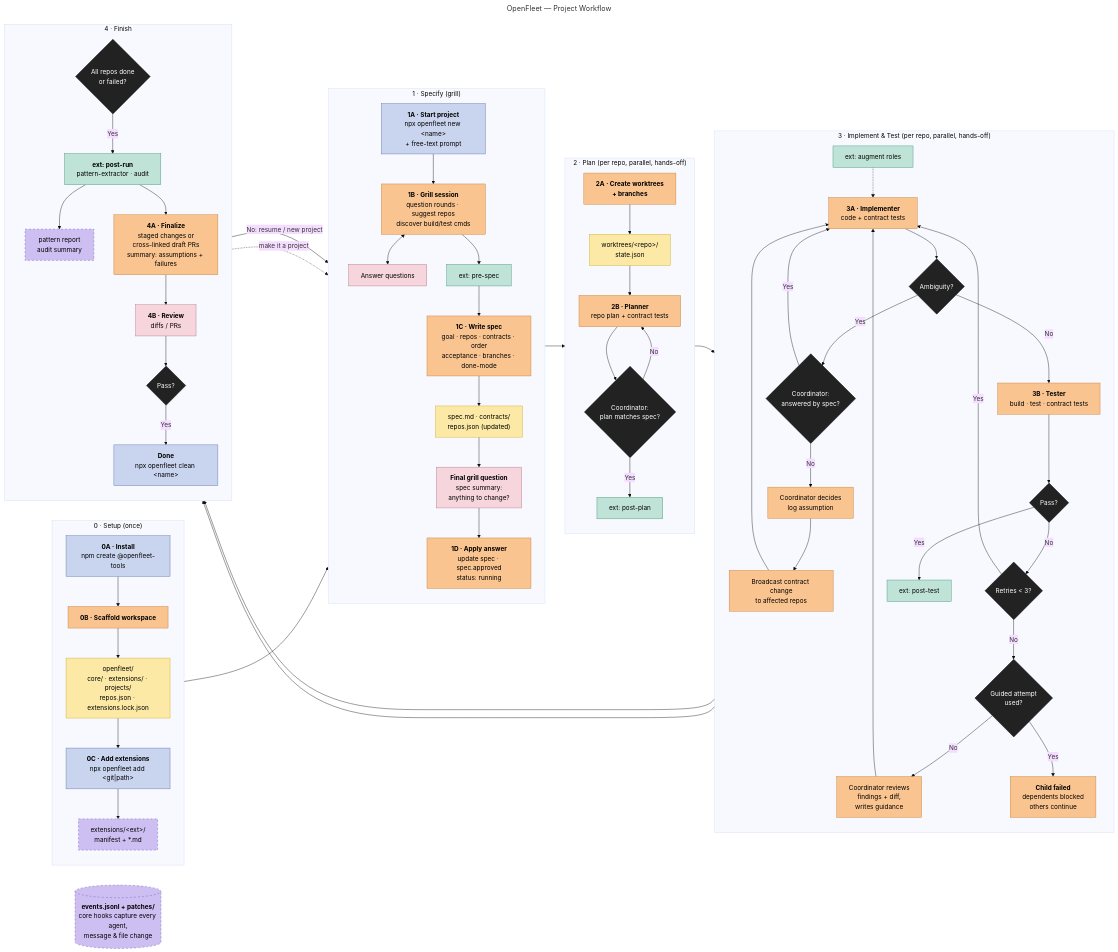
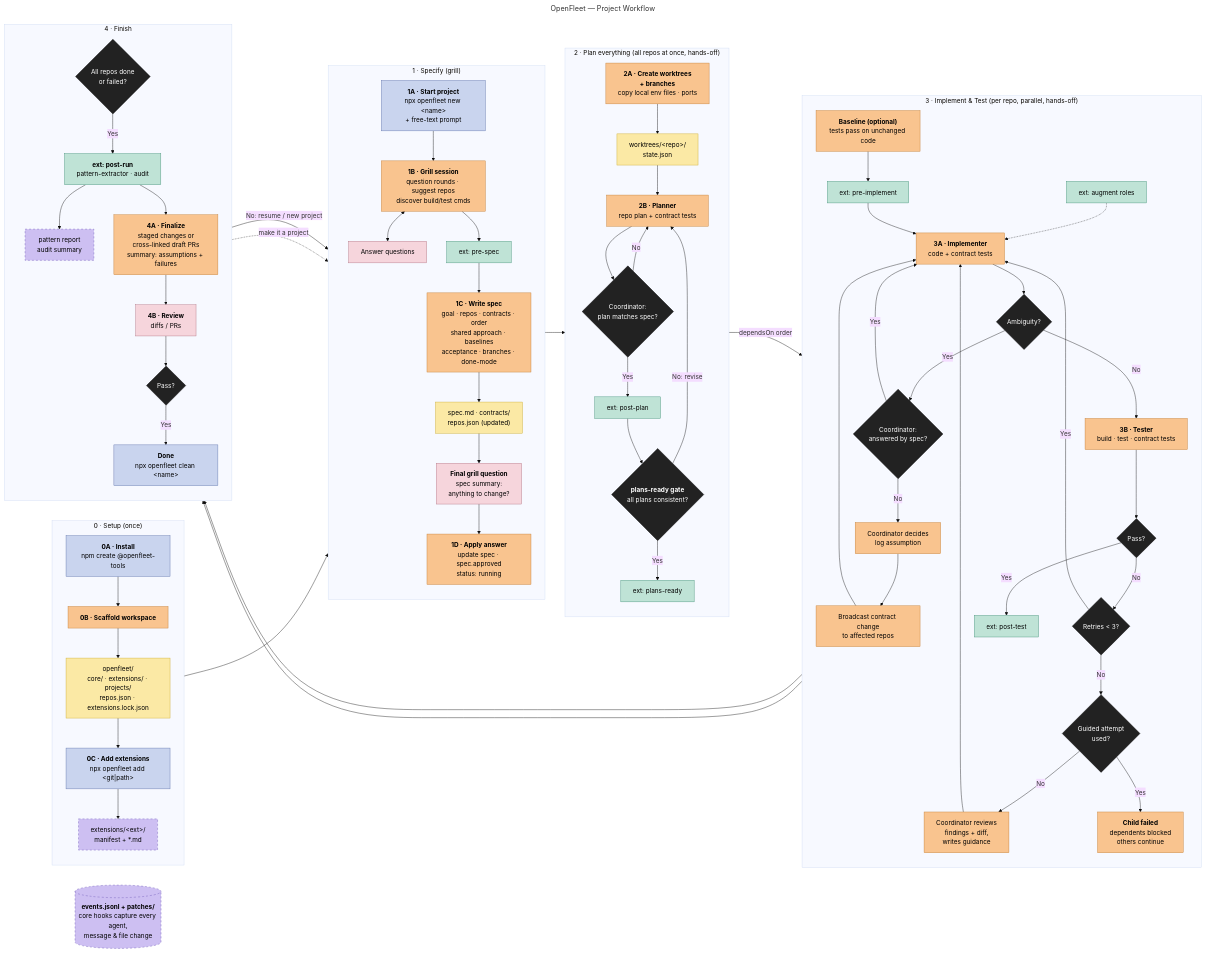
The diagram in docs/flow.mmd (yashicon21/openfleet), drawn with Mermaid (base theme) before and after one commit. The commit also changed 34 other files, not shown here.

Commit message:
feat: Add plan gate, baseline tests and worktree env files

```diff
--- a/docs/flow.mmd
+++ b/docs/flow.mmd
@@ -1,108 +1,114 @@
 ---
 title: OpenFleet — Project Workflow
 ---
 flowchart LR
   subgraph S0["0 · Setup (once)"]
     direction TB
     H0["<b>0A · Install</b><br/>npm create @openfleet-tools"]
     C0["<b>0B · Scaffold workspace</b>"]
     F0["openfleet/<br/>core/ · extensions/ · projects/<br/>repos.json · extensions.lock.json"]
     H0b["<b>0C · Add extensions</b><br/>npx openfleet add &lt;git|path&gt;"]
     F0b["extensions/&lt;ext&gt;/<br/>manifest + *.md"]
     H0 --> C0 --> F0 --> H0b --> F0b
   end
 
   subgraph S1["1 · Specify (grill)"]
     direction TB
     H1["<b>1A · Start project</b><br/>npx openfleet new &lt;name&gt;<br/>+ free-text prompt"]
     C1["<b>1B · Grill session</b><br/>question rounds · suggest repos<br/>discover build/test cmds"]
     HA["Answer questions"]
     X0["ext: pre-spec"]
-    C2["<b>1C · Write spec</b><br/>goal · repos · contracts · order<br/>acceptance · branches · done-mode"]
+    C2["<b>1C · Write spec</b><br/>goal · repos · contracts · order<br/>shared approach · baselines<br/>acceptance · branches · done-mode"]
     F1["spec.md · contracts/<br/>repos.json (updated)"]
     HR["<b>Final grill question</b><br/>spec summary:<br/>anything to change?"]
     CA["<b>1D · Apply answer</b><br/>update spec · spec.approved<br/>status: running"]
     H1 --> C1
     C1 <--> HA
     C1 --> X0 --> C2 --> F1 --> HR --> CA
   end
 
-  subgraph S2["2 · Plan (per repo, parallel, hands-off)"]
+  subgraph S2["2 · Plan everything (all repos at once, hands-off)"]
     direction TB
-    C3["<b>2A · Create worktrees<br/>+ branches</b>"]
+    C3["<b>2A · Create worktrees<br/>+ branches</b><br/>copy local env files · ports"]
     F2["worktrees/&lt;repo&gt;/<br/>state.json"]
     P["<b>2B · Planner</b><br/>repo plan + contract tests"]
     DV{"Coordinator:<br/>plan matches spec?"}
     X1["ext: post-plan"]
+    DC{"<b>plans-ready gate</b><br/>all plans consistent?"}
+    X4["ext: plans-ready"]
     C3 --> F2 --> P --> DV
     DV -- No --> P
-    DV -- Yes --> X1
+    DV -- Yes --> X1 --> DC
+    DC -- "No: revise" --> P
+    DC -- Yes --> X4
   end
 
   subgraph S3["3 · Implement & Test (per repo, parallel, hands-off)"]
     direction TB
     XA["ext: augment roles"]
+    B["<b>Baseline (optional)</b><br/>tests pass on unchanged code"]
+    X5["ext: pre-implement"]
     I["<b>3A · Implementer</b><br/>code + contract tests"]
     DQ{"Ambiguity?"}
     CQ{"Coordinator:<br/>answered by spec?"}
     CD["Coordinator decides<br/>log assumption"]
     CB["Broadcast contract change<br/>to affected repos"]
     T["<b>3B · Tester</b><br/>build · test · contract tests"]
     DT{"Pass?"}
     DN{"Retries &lt; 3?"}
     DG{"Guided attempt<br/>used?"}
     CG["Coordinator reviews<br/>findings + diff,<br/>writes guidance"]
     CF["<b>Child failed</b><br/>dependents blocked<br/>others continue"]
     X2["ext: post-test"]
     XA -.-> I
     I --> DQ
     DQ -- Yes --> CQ
     CQ -- Yes --> I
     CQ -- No --> CD --> CB --> I
     DQ -- No --> T --> DT
     DT -- No --> DN
     DN -- Yes --> I
     DN -- No --> DG
     DG -- No --> CG --> I
     DG -- Yes --> CF
     DT -- Yes --> X2
   end
 
   subgraph S4["4 · Finish"]
     direction TB
     DA{"All repos done<br/>or failed?"}
     X3["<b>ext: post-run</b><br/>pattern-extractor · audit"]
     FX["pattern report<br/>audit summary"]
     C5["<b>4A · Finalize</b><br/>staged changes or<br/>cross-linked draft PRs<br/>summary: assumptions + failures"]
     HF["<b>4B · Review</b><br/>diffs / PRs"]
     DP{"Pass?"}
     HC["<b>Done</b><br/>npx openfleet clean &lt;name&gt;"]
     DA -- Yes --> X3 --> FX
     X3 --> C5 --> HF --> DP
     DP -- Yes --> HC
   end
 
   EV[("<b>events.jsonl + patches/</b><br/>core hooks capture every agent,<br/>message & file change")]
 
   F0b --> H1
   CA --> C3
-  X1 --> I
+  X4 -- "dependsOn order" --> B --> X5 --> I
   X2 --> DA
   CF --> DA
   DP -- "No: resume / new project" --> H1
   FX -. "make it a project" .-> H1
 
   classDef human fill:#c9d4ee,stroke:#5b6fa8,color:#000
   classDef loop fill:#f6d5dc,stroke:#b0707f,color:#000
   classDef ai fill:#f9c48f,stroke:#c07a30,color:#000
   classDef file fill:#fbe9a5,stroke:#c9a92c,color:#000
   classDef cond fill:#cdbff2,stroke:#6a55b5,stroke-dasharray:5 5,color:#000
   classDef ext fill:#bfe3d6,stroke:#3f8f75,color:#000
   classDef dec fill:#222,stroke:#000,color:#fff
   class H0,H0b,H1,HC human
   class HA,HR,HF loop
-  class C0,C1,C2,CA,C3,CD,CB,CG,CF,C5,P,I,T ai
+  class C0,C1,C2,CA,C3,CD,CB,CG,CF,C5,P,B,I,T ai
   class F0,F1,F2 file
   class F0b,FX,EV cond
-  class X0,X1,XA,X2,X3 ext
-  class DV,CQ,DA,DQ,DT,DN,DG,DP dec
+  class X0,X1,XA,X2,X3,X4,X5 ext
+  class DV,DC,CQ,DA,DQ,DT,DN,DG,DP dec
```
